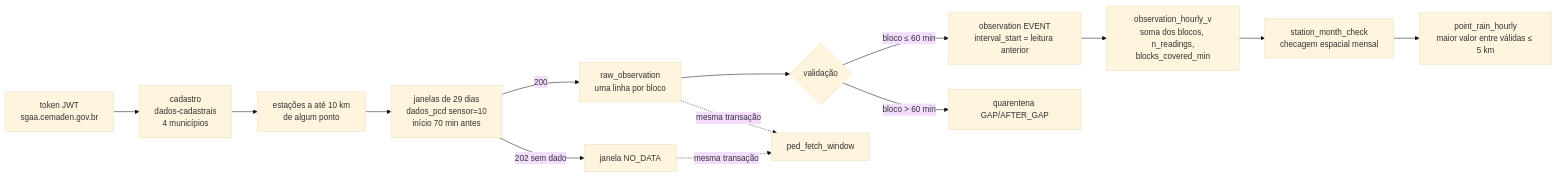
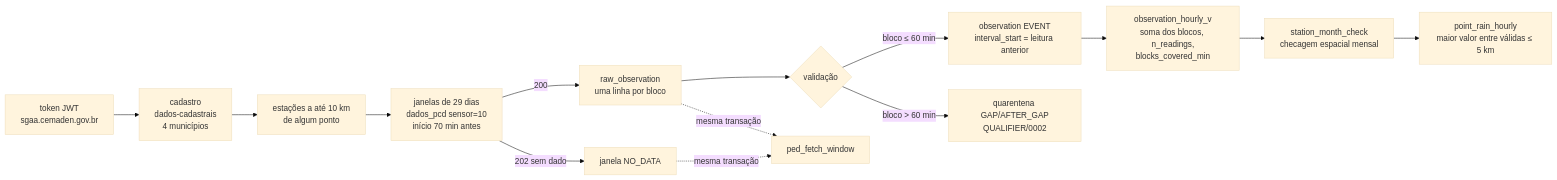
Before and after one commit to Lucas-Pavao/projeto-mapi-api: the diagram in docs/INGESTAO.md, drawn with Mermaid (base theme). The commit also changed other lines of this file and 7 other files, not shown here.

````diff
--- a/docs/INGESTAO.md
+++ b/docs/INGESTAO.md
@@ -116,16 +116,16 @@
 ```mermaid
 flowchart LR
     T[token JWT<br/>sgaa.cemaden.gov.br] --> C[cadastro<br/>dados-cadastrais<br/>4 municípios]
     C --> S[estações a até 10 km<br/>de algum ponto]
     S --> W[janelas de 29 dias<br/>dados_pcd sensor=10<br/>início 70 min antes]
     W -->|200| R[raw_observation<br/>uma linha por bloco]
     W -->|202 sem dado| N[janela NO_DATA]
     R --> V{validação}
     V -->|bloco ≤ 60 min| O[observation EVENT<br/>interval_start = leitura anterior]
-    V -->|bloco > 60 min| Q[quarentena GAP/AFTER_GAP]
+    V -->|bloco > 60 min| Q[quarentena GAP/AFTER_GAP<br/>QUALIFIER/0002]
     O --> H[observation_hourly_v<br/>soma dos blocos, n_readings,<br/>blocks_covered_min]
     H --> K[station_month_check<br/>checagem espacial mensal]
     K --> P[point_rain_hourly<br/>maior valor entre válidas ≤ 5 km]
     R -. mesma transação .-> F[ped_fetch_window]
     N -. mesma transação .-> F
 ```
````
